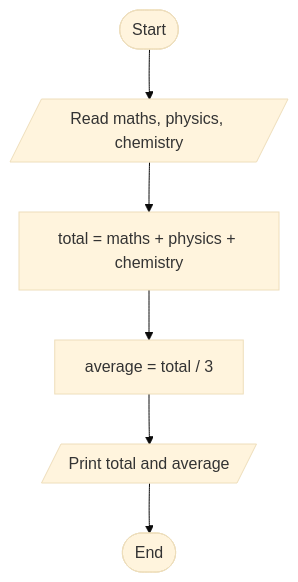
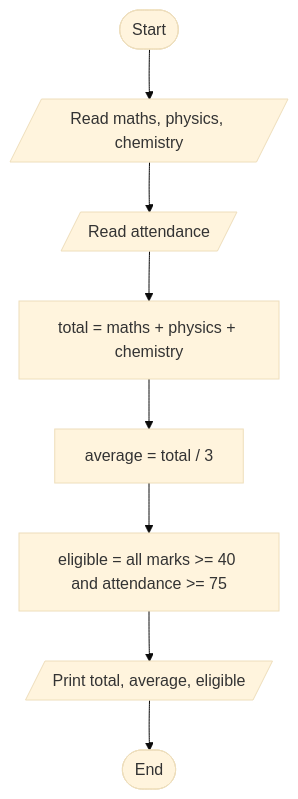
The second of 5 diagrams in modules/m1-programming-and-computational-thinking/wk2-operators-and-computational-thinking/2-computational-thinking-and-problem-specification.md (VishnuKumpati/KVCET_Year1_Content), drawn with Mermaid (base theme) before and after one commit. The commit also changed other lines of this file and 3 other files, not shown here.

````diff
--- a/modules/m1-programming-and-computational-thinking/wk2-operators-and-computational-thinking/2-computational-thinking-and-problem-specification.md
+++ b/modules/m1-programming-and-computational-thinking/wk2-operators-and-computational-thinking/2-computational-thinking-and-problem-specification.md
@@ -160,8 +264,10 @@
 ```mermaid
 flowchart TD
     A([Start]) --> B[/Read maths, physics, chemistry/]
-    B --> C["total = maths + physics + chemistry"]
-    C --> D["average = total / 3"]
-    D --> E[/Print total and average/]
-    E --> F([End])
+    B --> C[/Read attendance/]
+    C --> D["total = maths + physics + chemistry"]
+    D --> E["average = total / 3"]
+    E --> F["eligible = all marks >= 40 and attendance >= 75"]
+    F --> G[/Print total, average, eligible/]
+    G --> H([End])
 ```
````
